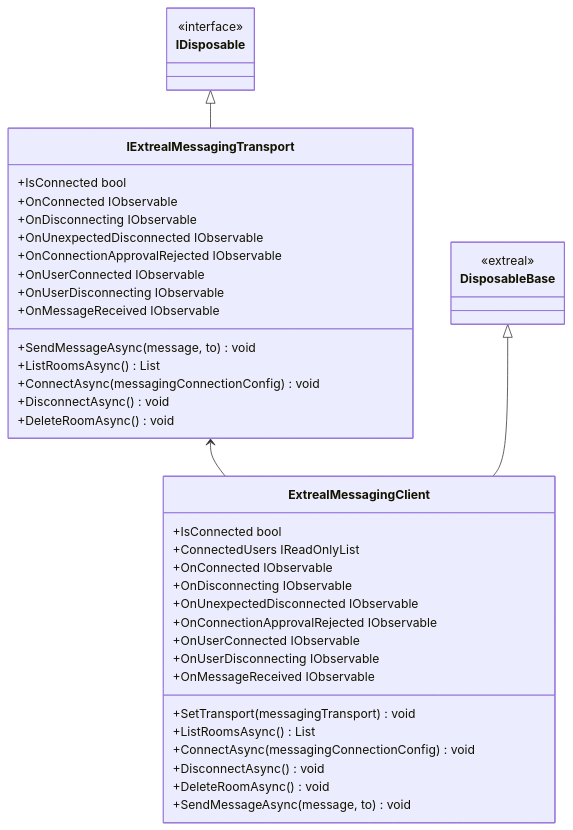
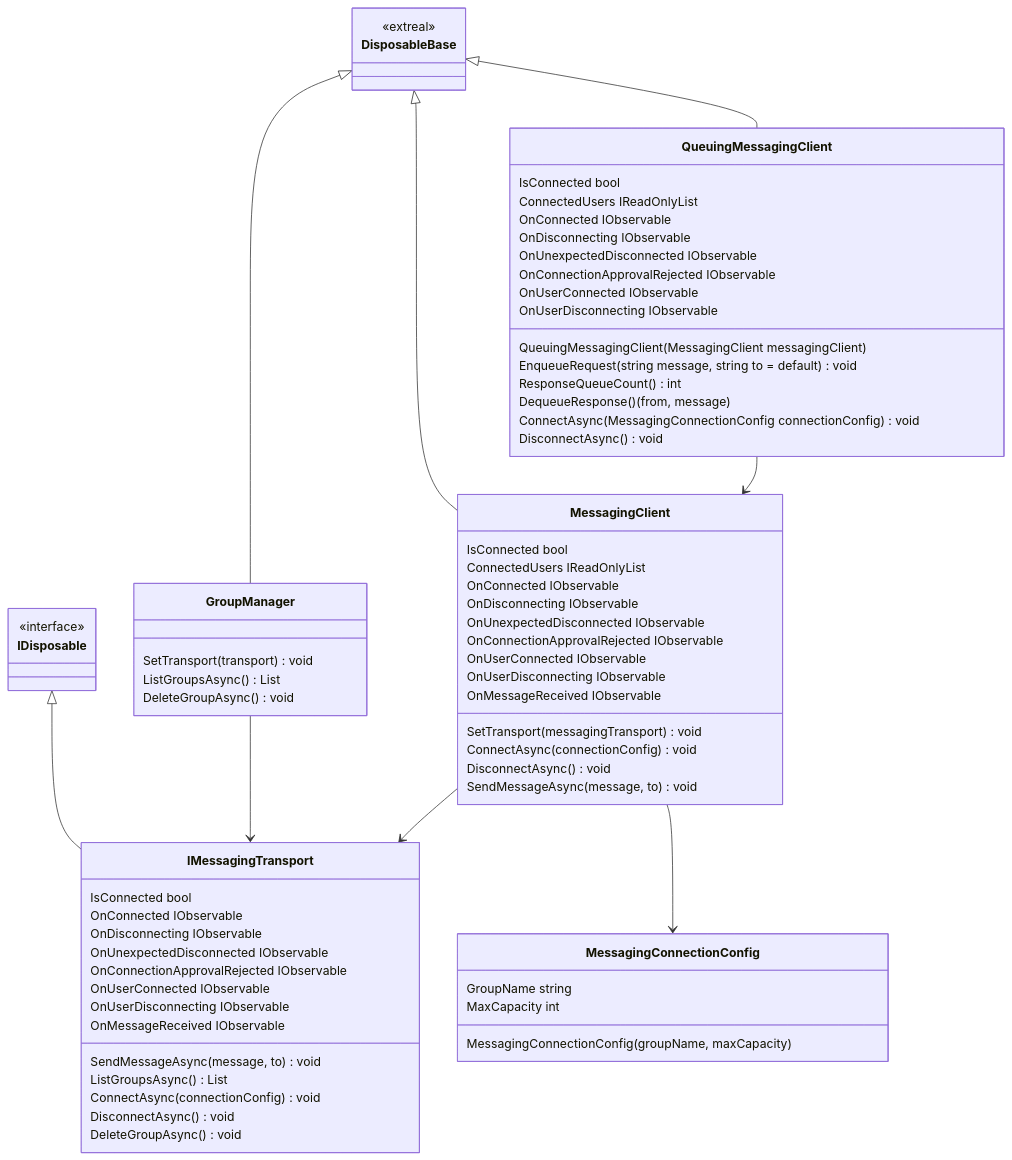
One commit to extreal-dev/Extreal.Guide changed the diagram in docs/integration/messaging.common.md. Above: the diagram before and after it, drawn with Mermaid. The commit also changed other lines of this file, not shown here.

Commit message:
Add document for Messaging.Common (WIP)

````diff
--- a/docs/integration/messaging.common.md
+++ b/docs/integration/messaging.common.md
@@ -25,43 +24,78 @@
 ```mermaid
 classDiagram
 
-    IExtrealMessagingTransport <-- ExtrealMessagingClient
-    IDisposable <|-- IExtrealMessagingTransport
-    DisposableBase <|-- ExtrealMessagingClient 
+    DisposableBase <|-- GroupManager
+    DisposableBase <|-- MessagingClient
+    DisposableBase <|-- QueuingMessagingClient
+    IDisposable <|-- IMessagingTransport
+    GroupManager --> IMessagingTransport
+    MessagingClient --> IMessagingTransport
+    MessagingClient --> MessagingConnectionConfig
+    QueuingMessagingClient --> MessagingClient
+    
+    class MessagingClient {
+        IsConnected bool
+        ConnectedUsers IReadOnlyList
+        OnConnected IObservable
+        OnDisconnecting IObservable
+        OnUnexpectedDisconnected IObservable
+        OnConnectionApprovalRejected IObservable
+        OnUserConnected IObservable
+        OnUserDisconnecting IObservable
+        OnMessageReceived IObservable
 
-
-    class ExtrealMessagingClient {
-        +IsConnected bool
-        +ConnectedUsers IReadOnlyList
-        +OnConnected IObservable
-        +OnDisconnecting IObservable
-        +OnUnexpectedDisconnected IObservable
-        +OnConnectionApprovalRejected IObservable
-        +OnUserConnected IObservable
-        +OnUserDisconnecting IObservable
-        +OnMessageReceived IObservable
-        +SetTransport(messagingTransport) void
-        +ListRoomsAsync() List
-        +ConnectAsync(messagingConnectionConfig) void
-        +DisconnectAsync() void
-        +DeleteRoomAsync() void
-        +SendMessageAsync(message, to) void
+        SetTransport(messagingTransport) void
+        ConnectAsync(connectionConfig) void
+        DisconnectAsync() void
+        SendMessageAsync(message, to) void
     }
     
-    class IExtrealMessagingTransport {
-        +IsConnected bool
-        +OnConnected IObservable
-        +OnDisconnecting IObservable
-        +OnUnexpectedDisconnected IObservable
-        +OnConnectionApprovalRejected IObservable
-        +OnUserConnected IObservable
-        +OnUserDisconnecting IObservable
-        +OnMessageReceived IObservable
-        +SendMessageAsync(message, to)  void
-        +ListRoomsAsync()  List
-        +ConnectAsync(messagingConnectionConfig)  void
-        +DisconnectAsync()  void
-        +DeleteRoomAsync()  void
+    class IMessagingTransport {
+        IsConnected bool
+        OnConnected IObservable
+        OnDisconnecting IObservable
+        OnUnexpectedDisconnected IObservable
+        OnConnectionApprovalRejected IObservable
+        OnUserConnected IObservable
+        OnUserDisconnecting IObservable
+        OnMessageReceived IObservable
+
+        SendMessageAsync(message, to) void
+        ListGroupsAsync() List
+        ConnectAsync(connectionConfig) void
+        DisconnectAsync() void
+        DeleteGroupAsync() void
+    }
+
+    class MessagingConnectionConfig {
+        GroupName string
+        MaxCapacity int
+
+        MessagingConnectionConfig(groupName, maxCapacity)
+    }
+
+    class GroupManager {
+        SetTransport(transport) void
+        ListGroupsAsync() List
+        DeleteGroupAsync() void
+    }
+
+    class QueuingMessagingClient {
+        IsConnected bool
+        ConnectedUsers IReadOnlyList
+        OnConnected IObservable
+        OnDisconnecting IObservable
+        OnUnexpectedDisconnected IObservable
+        OnConnectionApprovalRejected IObservable
+        OnUserConnected IObservable
+        OnUserDisconnecting IObservable
+
+        QueuingMessagingClient(MessagingClient messagingClient)
+        EnqueueRequest(string message, string to = default) void
+        ResponseQueueCount() int
+        DequeueResponse() (from, message)
+        ConnectAsync(MessagingConnectionConfig connectionConfig) void
+        DisconnectAsync() void
     }
     
     class DisposableBase {
````
